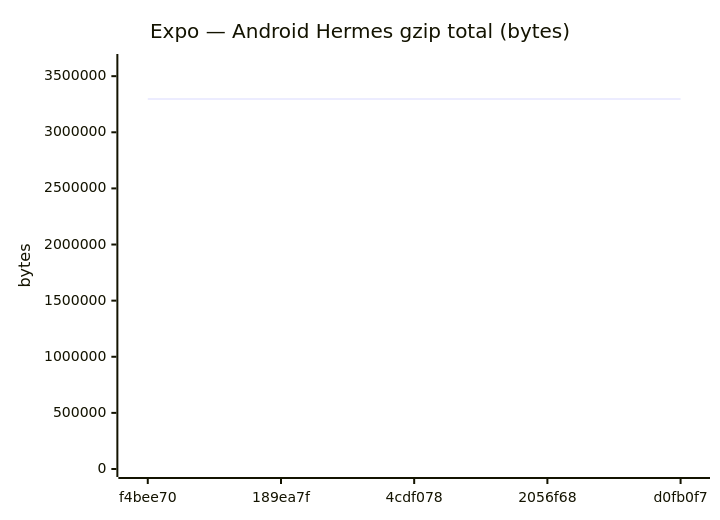
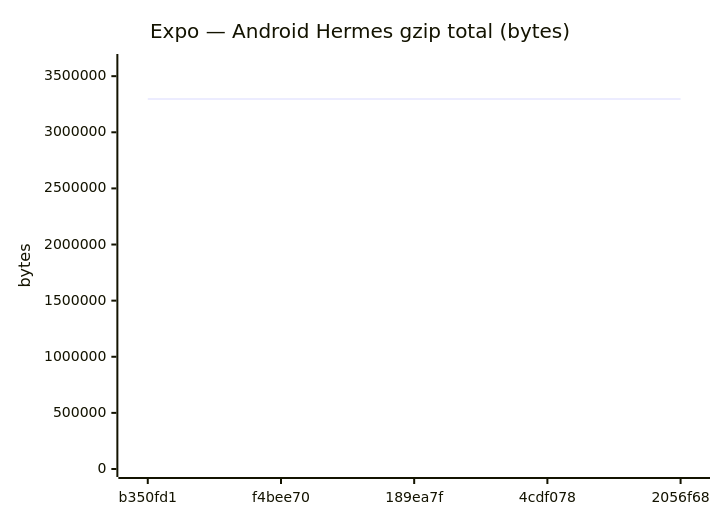
One commit to Metaheurist/Rianell changed diagram 11 of 18 in benchmarks/compare.md. Above: the diagram before and after it, drawn with Mermaid. The commit also changed other lines of this file and 11 other files, not shown here.

````diff
--- a/benchmarks/compare.md
+++ b/benchmarks/compare.md
@@ -172,7 +172,7 @@
 ```mermaid
 xychart-beta
     title "Expo — Android Hermes gzip total (bytes)"
-    x-axis ["f4bee70", "189ea7f", "4cdf078", "2056f68", "d0fb0f7"]
+    x-axis ["b350fd1", "f4bee70", "189ea7f", "4cdf078", "2056f68"]
     y-axis "bytes" 0 --> 3626296
-    line [3296632, 3296023, 3295973, 3295761, 3295758]
+    line [3296025, 3296632, 3296023, 3295973, 3295761]
 ```
````
